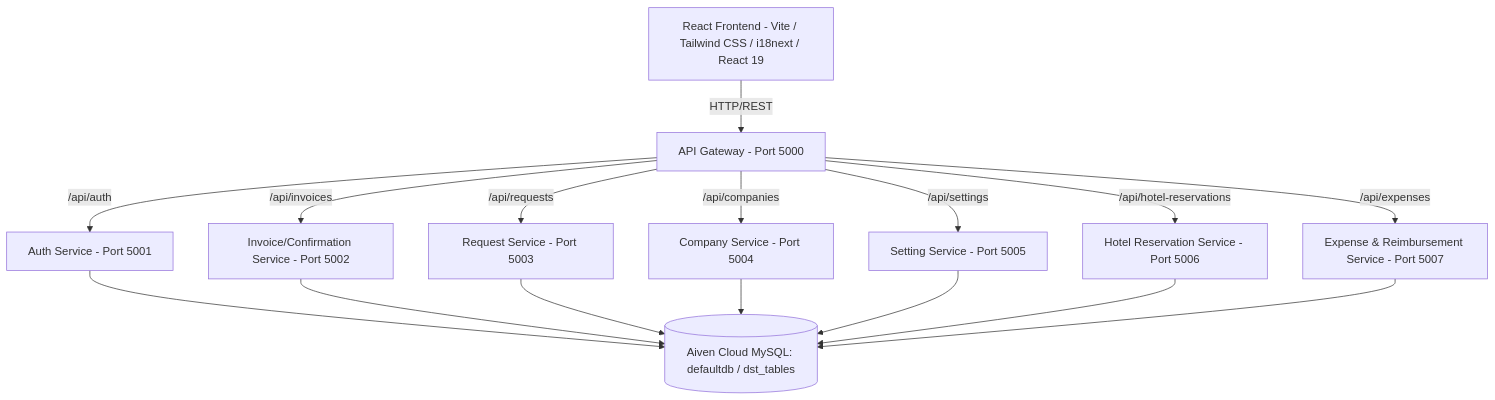
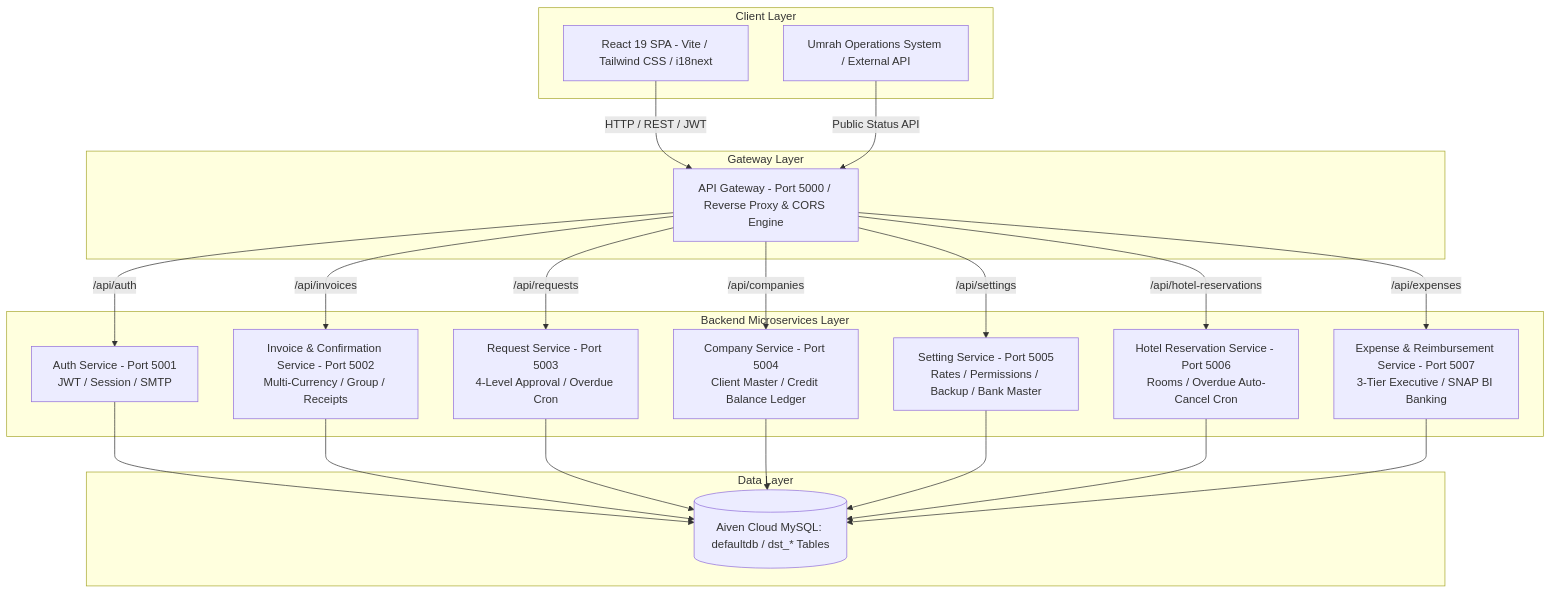
Before and after one commit to dimasalvarizk/finance-system: the first of 4 diagrams in README.md, drawn with Mermaid. The commit also changed other lines of this file and 22 other files, not shown here.

````diff
--- a/README.md
+++ b/README.md
@@ -13,20 +46,44 @@
 ```mermaid
 graph TD
-    Client[React Frontend - Vite / Tailwind CSS / i18next / React 19] -->|HTTP/REST| Gateway[API Gateway - Port 5000]
-    
-    Gateway -->|/api/auth| AuthService[Auth Service - Port 5001]
-    Gateway -->|/api/invoices| InvoiceService[Invoice/Confirmation Service - Port 5002]
-    Gateway -->|/api/requests| RequestService[Request Service - Port 5003]
-    Gateway -->|/api/companies| CompanyService[Company Service - Port 5004]
-    Gateway -->|/api/settings| SettingService[Setting Service - Port 5005]
-    Gateway -->|/api/hotel-reservations| HotelService[Hotel Reservation Service - Port 5006]
-    Gateway -->|/api/expenses| ExpenseService[Expense & Reimbursement Service - Port 5007]
+    subgraph Client Layer
+        WebClient[React 19 SPA - Vite / Tailwind CSS / i18next]
+        ExternalSys[Umrah Operations System / External API]
+    end
 
-    AuthService --> Database[(Aiven Cloud MySQL: defaultdb / dst_tables)]
-    InvoiceService --> Database
-    RequestService --> Database
-    CompanyService --> Database
-    SettingService --> Database
-    HotelService --> Database
-    ExpenseService --> Database
+    subgraph Gateway Layer
+        Gateway[API Gateway - Port 5000 / Reverse Proxy & CORS Engine]
+    end
+
+    subgraph Backend Microservices Layer
+        AuthSvc[Auth Service - Port 5001<br/>JWT / Session / SMTP]
+        InvoiceSvc[Invoice & Confirmation Service - Port 5002<br/>Multi-Currency / Group / Receipts]
+        RequestSvc[Request Service - Port 5003<br/>4-Level Approval / Overdue Cron]
+        CompanySvc[Company Service - Port 5004<br/>Client Master / Credit Balance Ledger]
+        SettingSvc[Setting Service - Port 5005<br/>Rates / Permissions / Backup / Bank Master]
+        HotelSvc[Hotel Reservation Service - Port 5006<br/>Rooms / Overdue Auto-Cancel Cron]
+        ExpenseSvc[Expense & Reimbursement Service - Port 5007<br/>3-Tier Executive / SNAP BI Banking]
+    end
+
+    subgraph Data Layer
+        Database[(Aiven Cloud MySQL: defaultdb / dst_* Tables)]
+    end
+
+    WebClient -->|HTTP / REST / JWT| Gateway
+    ExternalSys -->|Public Status API| Gateway
+
+    Gateway -->|/api/auth| AuthSvc
+    Gateway -->|/api/invoices| InvoiceSvc
+    Gateway -->|/api/requests| RequestSvc
+    Gateway -->|/api/companies| CompanySvc
+    Gateway -->|/api/settings| SettingSvc
+    Gateway -->|/api/hotel-reservations| HotelSvc
+    Gateway -->|/api/expenses| ExpenseSvc
+
+    AuthSvc --> Database
+    InvoiceSvc --> Database
+    RequestSvc --> Database
+    CompanySvc --> Database
+    SettingSvc --> Database
+    HotelSvc --> Database
+    ExpenseSvc --> Database
 ```
````
